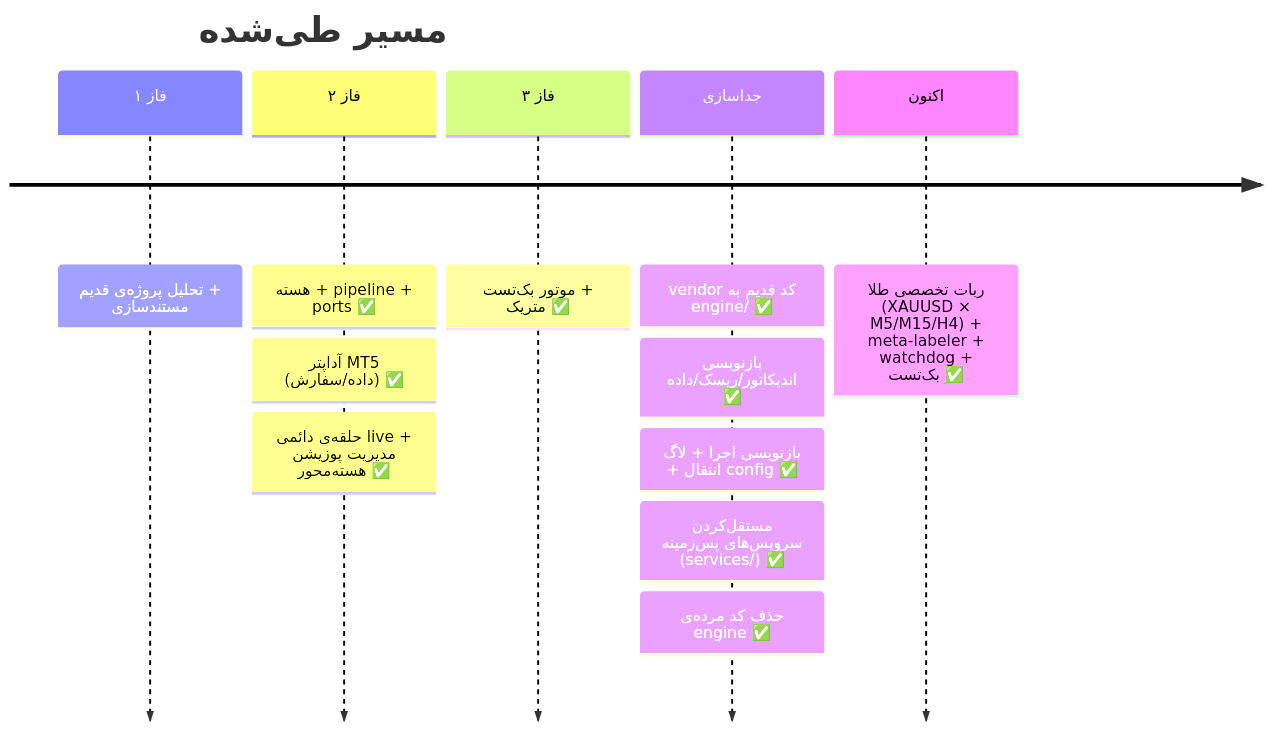
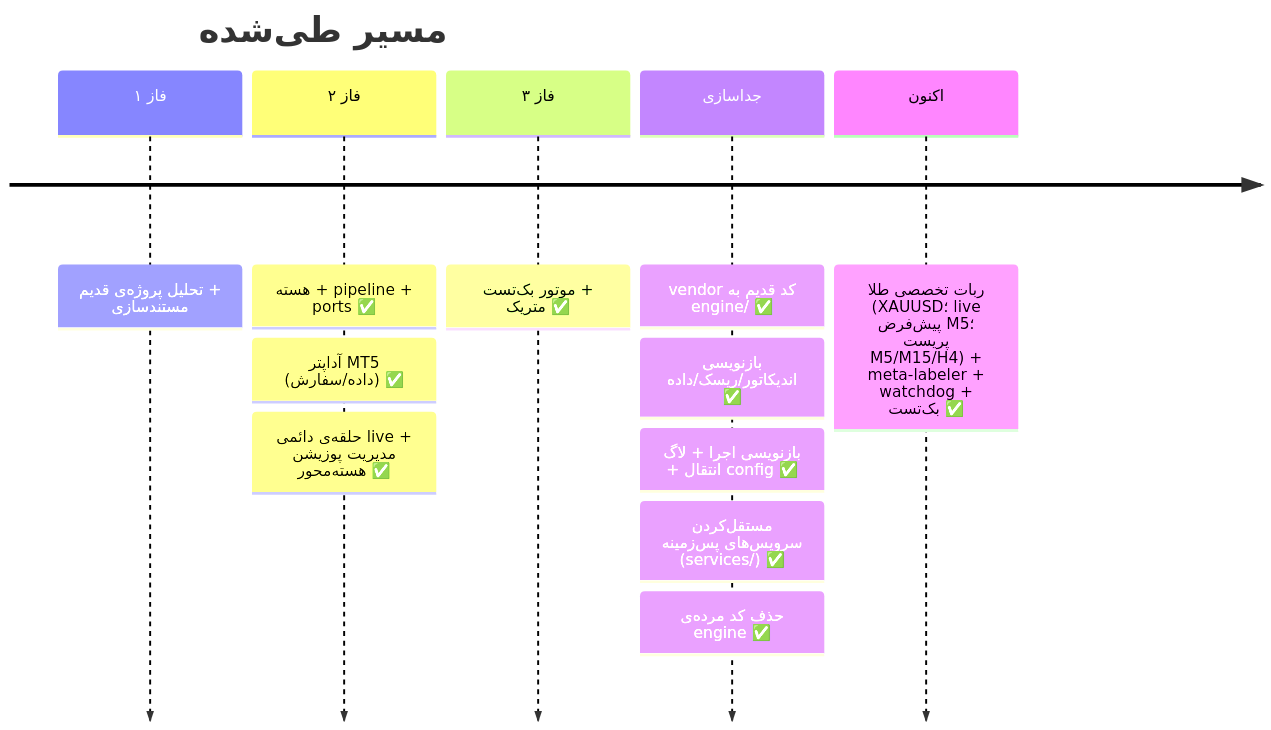
Before and after one commit to arasto007/trading-bot: the eighth of 9 diagrams in docs/WHITEBOARD_FA.md, drawn with Mermaid. The commit also changed other lines of this file and 171 other files, not shown here.

````diff
--- a/docs/WHITEBOARD_FA.md
+++ b/docs/WHITEBOARD_FA.md
@@ -354,15 +359,15 @@
 ```mermaid
 timeline
     title مسیر طی‌شده
     فاز ۱ : تحلیل پروژه‌ی قدیم + مستندسازی
     فاز ۲ : هسته + pipeline + ports ✅
           : آداپتر MT5 (داده/سفارش) ✅
           : حلقه‌ی دائمی live + مدیریت پوزیشن هسته‌محور ✅
     فاز ۳ : موتور بک‌تست + متریک ✅
     جداسازی : vendor کد قدیم به engine/ ✅
             : بازنویسی اندیکاتور/ریسک/داده ✅
             : بازنویسی اجرا + لاگ + انتقال config ✅
             : مستقل‌کردن سرویس‌های پس‌زمینه (services/) ✅
             : حذف کد مرده‌ی engine ✅
-    اکنون : ربات تخصصی طلا (XAUUSD × M5/M15/H4) + meta-labeler + watchdog + بک‌تست ✅
+    اکنون : ربات تخصصی طلا (XAUUSD؛ live پیش‌فرض M5؛ پریست M5/M15/H4) + meta-labeler + watchdog + بک‌تست ✅
 ```
````
